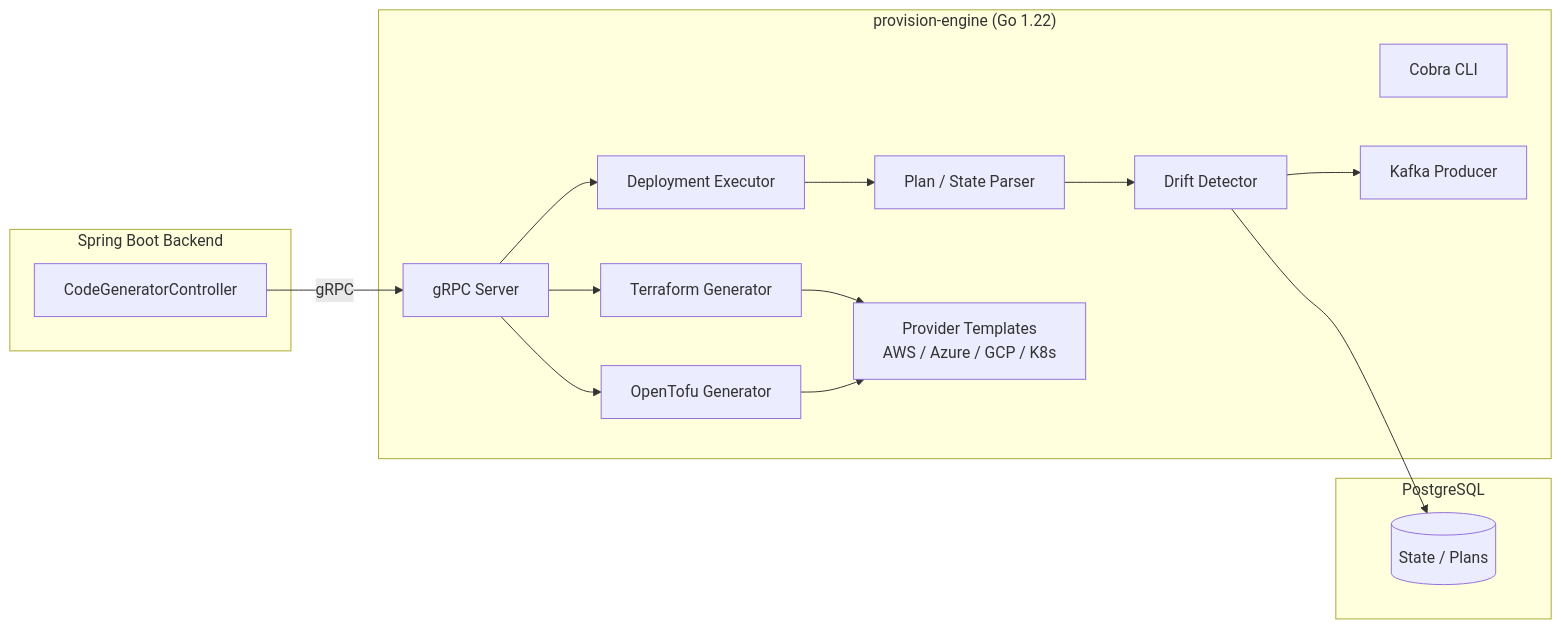
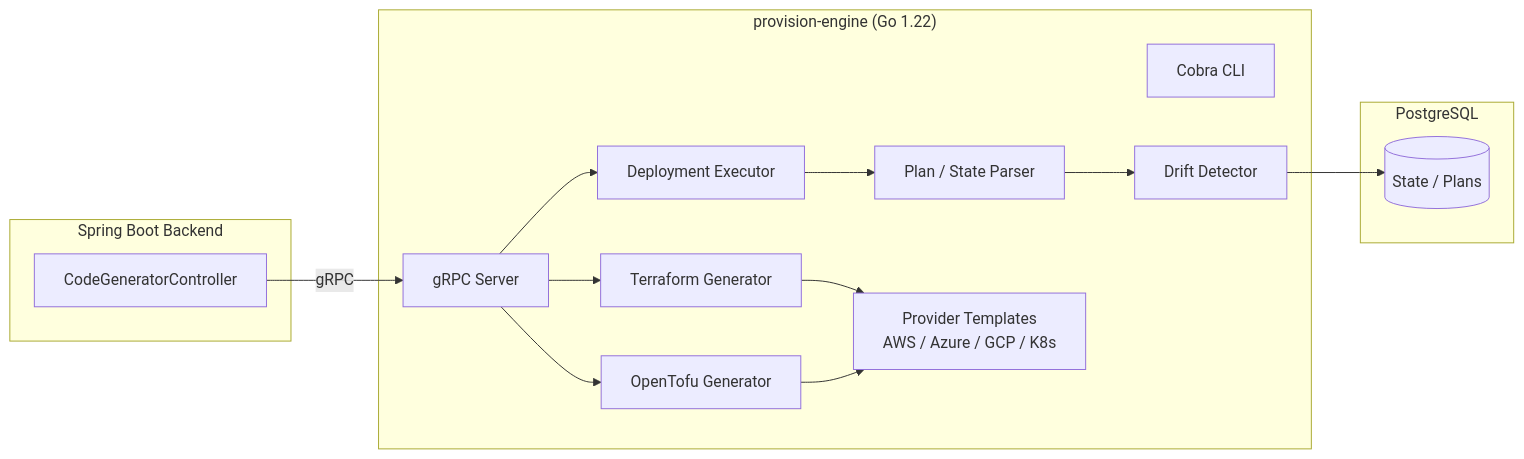
One commit to matalvesdev/cloudbuilder changed the tenth of 34 diagrams in docs/architecture/README.md. Above: the diagram before and after it, drawn with Mermaid. The commit also changed other lines of this file and 159 other files, not shown here.

````diff
--- a/docs/architecture/README.md
+++ b/docs/architecture/README.md
@@ -518,33 +523,31 @@
 ```mermaid
 graph LR
     subgraph Engine["provision-engine (Go 1.22)"]
         CLI[Cobra CLI]
         GRPC[gRPC Server]
         GEN_TF[Terraform Generator]
         GEN_TOFU[OpenTofu Generator]
         DRIFT[Drift Detector]
         EXEC[Deployment Executor]
         PARSER[Plan / State Parser]
-        KAFKA[Kafka Producer]
         TEMPLATES[Provider Templates<br/>AWS / Azure / GCP / K8s]
     end
 
     subgraph Backend_["Spring Boot Backend"]
         REQ[CodeGeneratorController]
     end
 
     subgraph Storage_["PostgreSQL"]
         DB[(State / Plans)]
     end
 
     REQ -->|gRPC| GRPC
     GRPC --> GEN_TF
     GRPC --> GEN_TOFU
     GEN_TF --> TEMPLATES
     GEN_TOFU --> TEMPLATES
     GRPC --> EXEC
     EXEC --> PARSER
     PARSER --> DRIFT
-    DRIFT --> KAFKA
     DRIFT --> DB
 ```
````
